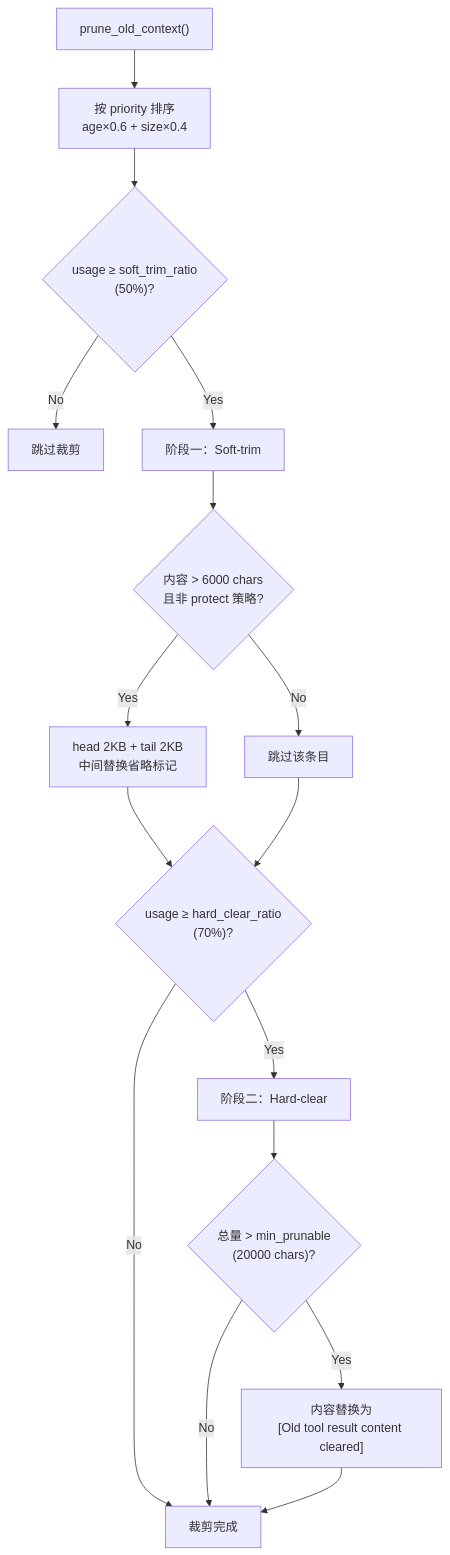
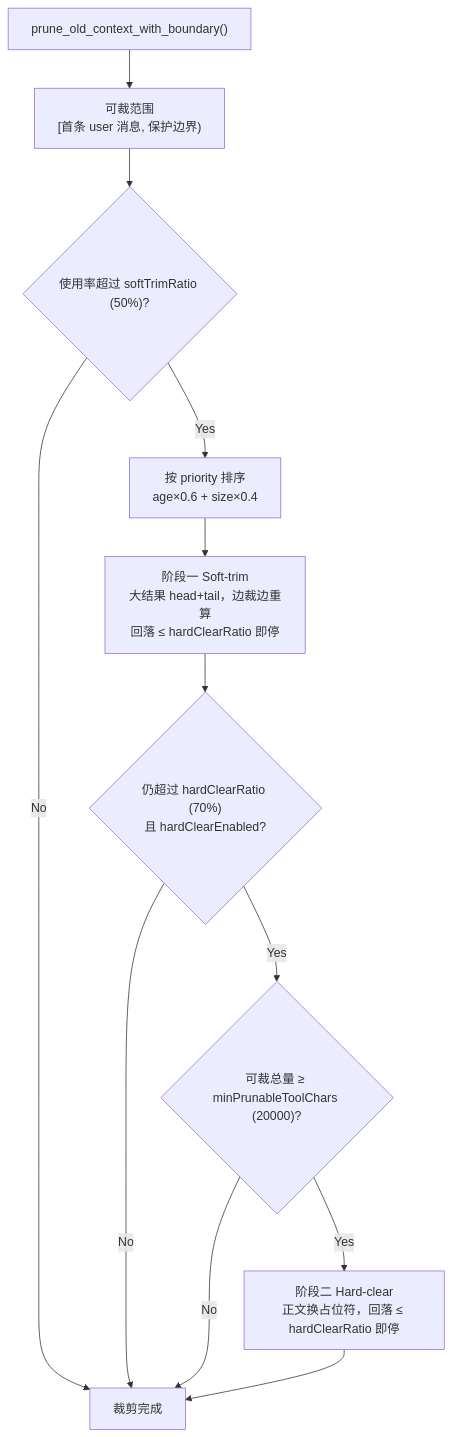
Before and after one commit to shiwenwen/hope-agent: the third of 4 diagrams in docs/architecture/context-compact.md, drawn with Mermaid. The commit also changed other lines of this file and 11 other files, not shown here.

````diff
--- a/docs/architecture/context-compact.md
+++ b/docs/architecture/context-compact.md
@@ -102,18 +106,14 @@
 ```mermaid
 flowchart TD
-    Start["prune_old_context()"] --> Sort["按 priority 排序<br/>age×0.6 + size×0.4"]
-    Sort --> Check1{"usage ≥ soft_trim_ratio<br/>(50%)?"}
-    Check1 -- No --> Skip["跳过裁剪"]
-    Check1 -- Yes --> Soft["阶段一：Soft-trim"]
-    Soft --> Filter1{"内容 > 6000 chars<br/>且非 protect 策略?"}
-    Filter1 -- Yes --> Trim["head 2KB + tail 2KB<br/>中间替换省略标记"]
-    Filter1 -- No --> Next1["跳过该条目"]
-    Trim --> Check2{"usage ≥ hard_clear_ratio<br/>(70%)?"}
-    Next1 --> Check2
-    Check2 -- No --> Done["裁剪完成"]
-    Check2 -- Yes --> Hard["阶段二：Hard-clear"]
-    Hard --> Filter2{"总量 > min_prunable<br/>(20000 chars)?"}
-    Filter2 -- No --> Done
-    Filter2 -- Yes --> Clear["内容替换为<br/>[Old tool result content cleared]"]
-    Clear --> Done
+    Start["prune_old_context_with_boundary()"] --> Range["可裁范围<br/>[首条 user 消息, 保护边界)"]
+    Range --> Gate0{"使用率超过 softTrimRatio (50%)?"}
+    Gate0 -- No --> Done["裁剪完成"]
+    Gate0 -- Yes --> Sort["按 priority 排序<br/>age×0.6 + size×0.4"]
+    Sort --> Soft["阶段一 Soft-trim<br/>大结果 head+tail，边裁边重算<br/>回落 ≤ hardClearRatio 即停"]
+    Soft --> Gate1{"仍超过 hardClearRatio (70%)<br/>且 hardClearEnabled?"}
+    Gate1 -- No --> Done
+    Gate1 -- Yes --> Gate2{"可裁总量 ≥ minPrunableToolChars (20000)?"}
+    Gate2 -- No --> Done
+    Gate2 -- Yes --> Hard["阶段二 Hard-clear<br/>正文换占位符，回落 ≤ hardClearRatio 即停"]
+    Hard --> Done
 ```
````
